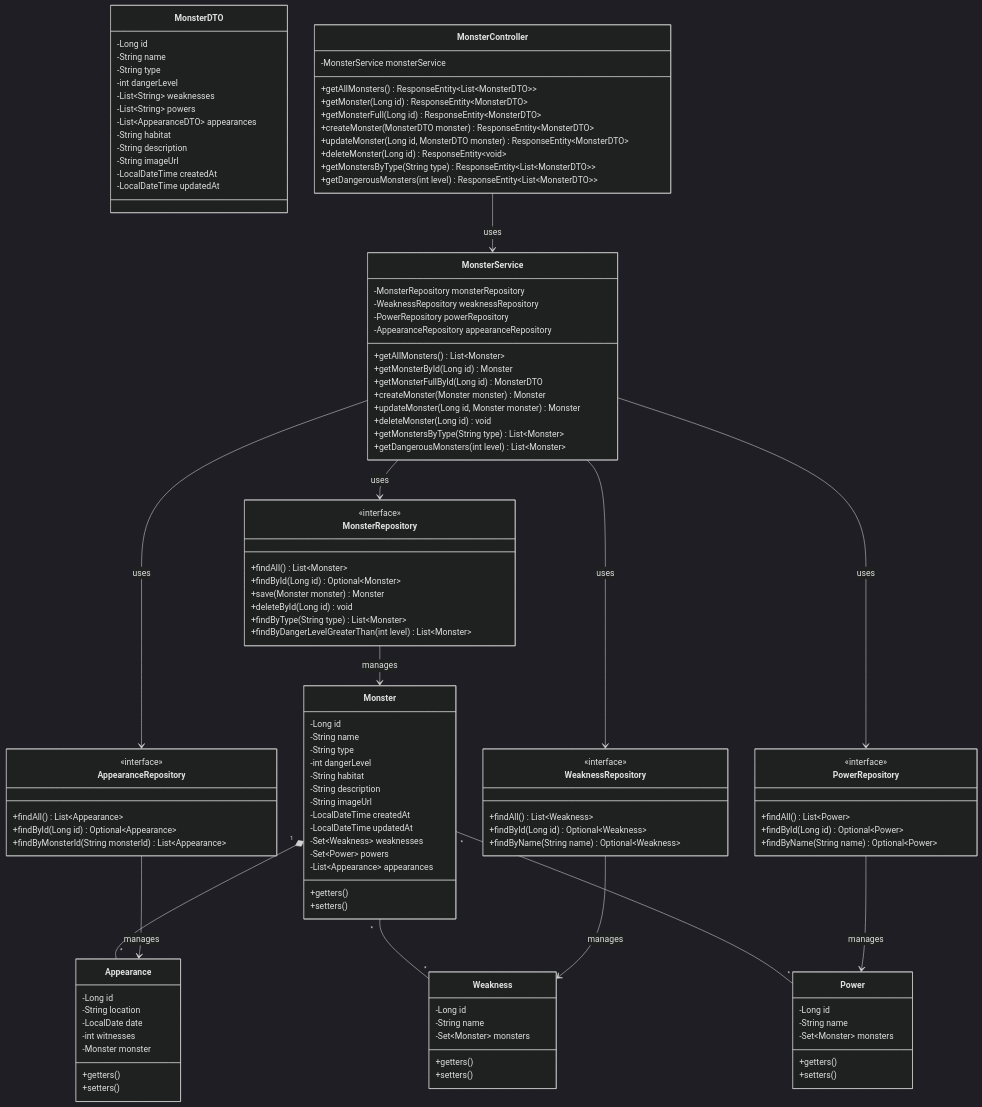
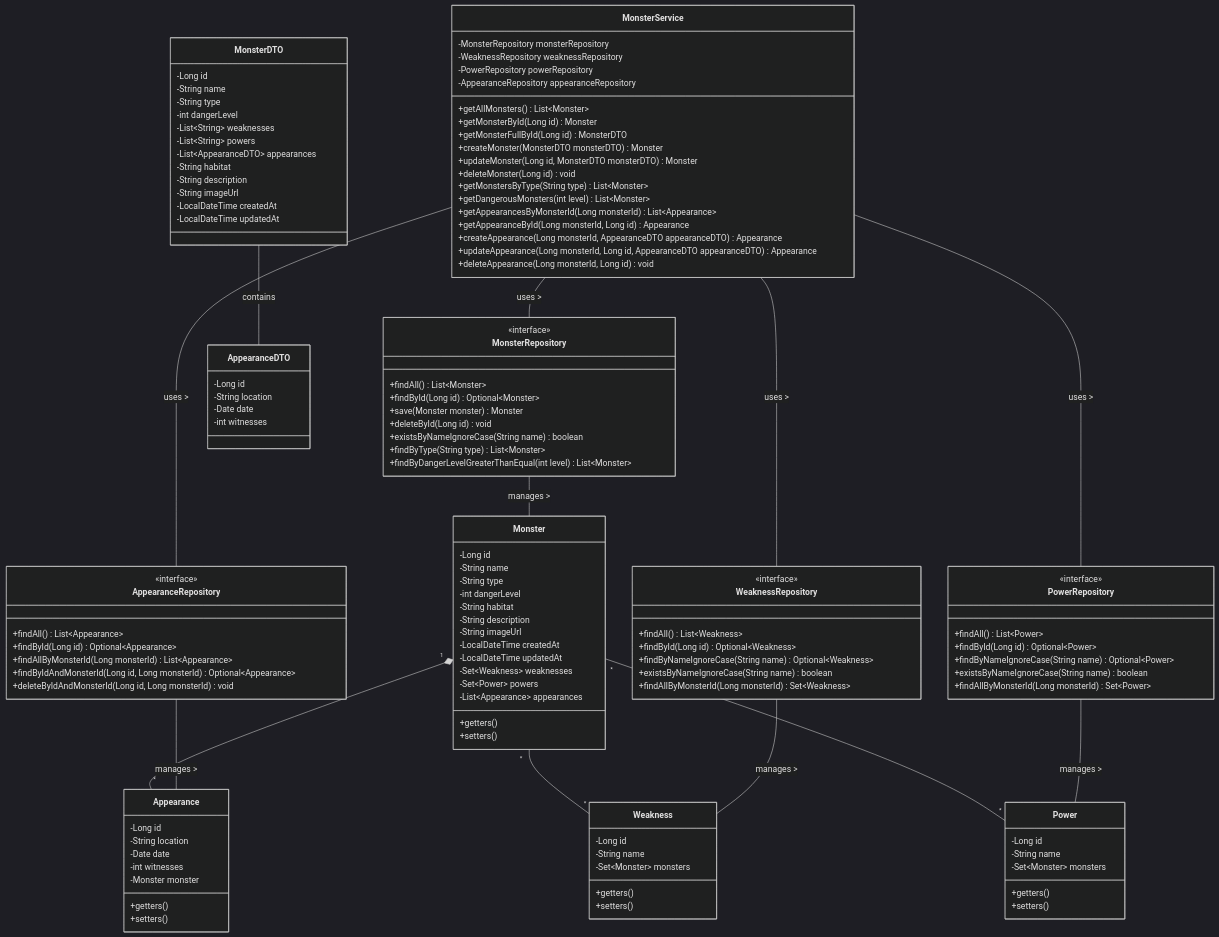
The diagram in src/main/resources/diagram.mermaid (m3lb1z/challenge-halloween), drawn with Mermaid (dark theme) before and after one commit. The commit also changed 1 other file, not shown here.

Commit message:
feat: add appearance management and API documentation

```diff
--- a/src/main/resources/diagram.mermaid
+++ b/src/main/resources/diagram.mermaid
@@ -1,129 +1,136 @@
 classDiagram
     class Monster {
         -Long id
         -String name
         -String type
         -int dangerLevel
         -String habitat
         -String description
         -String imageUrl
         -LocalDateTime createdAt
         -LocalDateTime updatedAt
         -Set~Weakness~ weaknesses
         -Set~Power~ powers
         -List~Appearance~ appearances
         +getters()
         +setters()
     }
 
     class Weakness {
         -Long id
         -String name
         -Set~Monster~ monsters
         +getters()
         +setters()
     }
 
     class Power {
         -Long id
         -String name
         -Set~Monster~ monsters
         +getters()
         +setters()
     }
 
     class Appearance {
         -Long id
         -String location
-        -LocalDate date
+        -Date date
         -int witnesses
         -Monster monster
         +getters()
         +setters()
     }
 
     class MonsterRepository {
         <<interface>>
         +findAll() List~Monster~
         +findById(Long id) Optional~Monster~
         +save(Monster monster) Monster
         +deleteById(Long id) void
+        +existsByNameIgnoreCase(String name) boolean
         +findByType(String type) List~Monster~
-        +findByDangerLevelGreaterThan(int level) List~Monster~
+        +findByDangerLevelGreaterThanEqual(int level) List~Monster~
     }
 
     class WeaknessRepository {
         <<interface>>
         +findAll() List~Weakness~
         +findById(Long id) Optional~Weakness~
-        +findByName(String name) Optional~Weakness~
+        +findByNameIgnoreCase(String name) Optional~Weakness~
+        +existsByNameIgnoreCase(String name) boolean
+        +findAllByMonsterId(Long monsterId) Set~Weakness~
     }
 
     class PowerRepository {
         <<interface>>
         +findAll() List~Power~
         +findById(Long id) Optional~Power~
-        +findByName(String name) Optional~Power~
+        +findByNameIgnoreCase(String name) Optional~Power~
+        +existsByNameIgnoreCase(String name) boolean
+        +findAllByMonsterId(Long monsterId) Set~Power~
     }
 
     class AppearanceRepository {
         <<interface>>
         +findAll() List~Appearance~
         +findById(Long id) Optional~Appearance~
-        +findByMonsterId(String monsterId) List~Appearance~
+        +findAllByMonsterId(Long monsterId) List~Appearance~
+        +findByIdAndMonsterId(Long id, Long monsterId) Optional~Appearance~
+        +deleteByIdAndMonsterId(Long id, Long monsterId) void
     }
 
     class MonsterDTO {
         -Long id
         -String name
         -String type
         -int dangerLevel
         -List~String~ weaknesses
         -List~String~ powers
         -List~AppearanceDTO~ appearances
         -String habitat
         -String description
         -String imageUrl
         -LocalDateTime createdAt
         -LocalDateTime updatedAt
     }
 
+    class AppearanceDTO {
+        -Long id
+        -String location
+        -Date date
+        -int witnesses
+    }
+
     class MonsterService {
         -MonsterRepository monsterRepository
         -WeaknessRepository weaknessRepository
         -PowerRepository powerRepository
         -AppearanceRepository appearanceRepository
         +getAllMonsters() List~Monster~
         +getMonsterById(Long id) Monster
         +getMonsterFullById(Long id) MonsterDTO
-        +createMonster(Monster monster) Monster
-        +updateMonster(Long id, Monster monster) Monster
+        +createMonster(MonsterDTO monsterDTO) Monster
+        +updateMonster(Long id, MonsterDTO monsterDTO) Monster
         +deleteMonster(Long id) void
         +getMonstersByType(String type) List~Monster~
         +getDangerousMonsters(int level) List~Monster~
-    }
-
-    class MonsterController {
-        -MonsterService monsterService
-        +getAllMonsters() ResponseEntity~List~MonsterDTO~~
-        +getMonster(Long id) ResponseEntity~MonsterDTO~
-        +getMonsterFull(Long id) ResponseEntity~MonsterDTO~
-        +createMonster(MonsterDTO monster) ResponseEntity~MonsterDTO~
-        +updateMonster(Long id, MonsterDTO monster) ResponseEntity~MonsterDTO~
-        +deleteMonster(Long id) ResponseEntity~void~
-        +getMonstersByType(String type) ResponseEntity~List~MonsterDTO~~
-        +getDangerousMonsters(int level) ResponseEntity~List~MonsterDTO~~
+        +getAppearancesByMonsterId(Long monsterId) List~Appearance~
+        +getAppearanceById(Long monsterId, Long id) Appearance
+        +createAppearance(Long monsterId, AppearanceDTO appearanceDTO) Appearance
+        +updateAppearance(Long monsterId, Long id, AppearanceDTO appearanceDTO) Appearance
+        +deleteAppearance(Long monsterId, Long id) void
     }
 
     Monster "1" *-- "*" Appearance
     Monster "*" -- "*" Weakness
     Monster "*" -- "*" Power
-    MonsterController --> MonsterService : uses
-    MonsterService --> MonsterRepository : uses
-    MonsterService --> WeaknessRepository : uses
-    MonsterService --> PowerRepository : uses
-    MonsterService --> AppearanceRepository : uses
-    MonsterRepository --> Monster : manages
-    WeaknessRepository --> Weakness : manages
-    PowerRepository --> Power : manages
-    AppearanceRepository --> Appearance : manages
+    MonsterDTO -- AppearanceDTO : contains
+    MonsterService -- MonsterRepository : uses >
+    MonsterService -- WeaknessRepository : uses >
+    MonsterService -- PowerRepository : uses >
+    MonsterService -- AppearanceRepository : uses >
+    MonsterRepository -- Monster : manages >
+    WeaknessRepository -- Weakness : manages >
+    PowerRepository -- Power : manages >
+    AppearanceRepository -- Appearance : manages >
```
